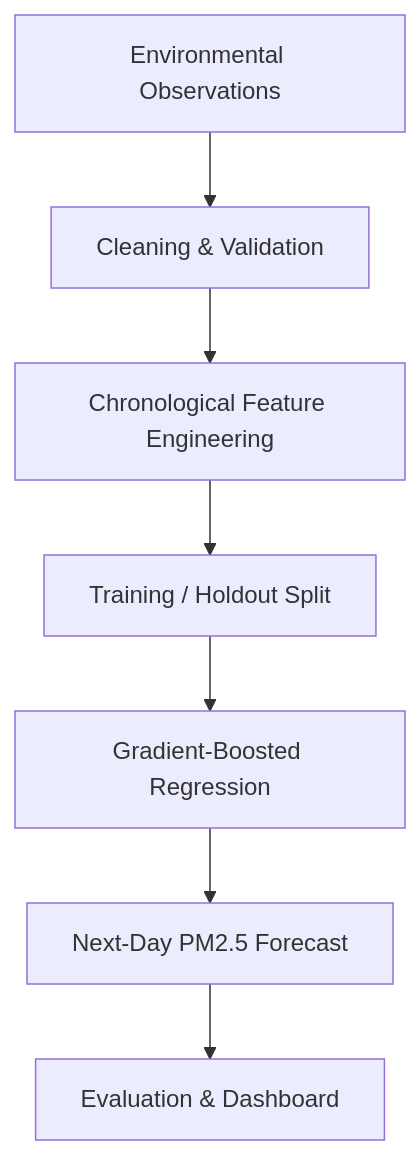
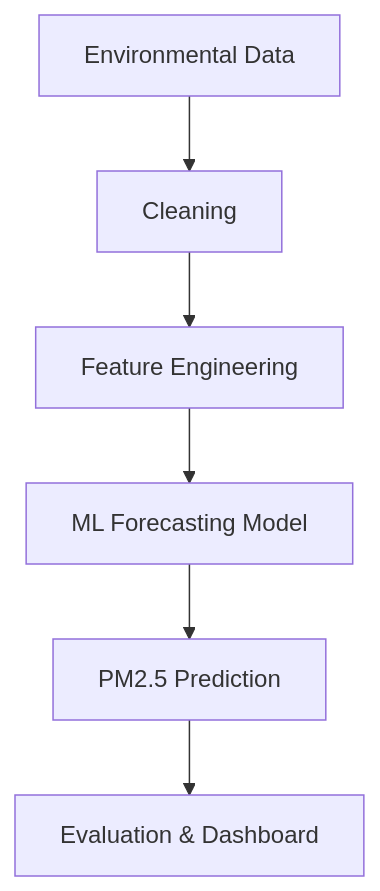
One commit to srivastavanandani190-lang/AeroTwin changed the second of 3 diagrams in README.md. Above: the diagram before and after it, drawn with Mermaid. The commit also changed other lines of this file, not shown here.

````diff
--- a/README.md
+++ b/README.md
@@ -172,9 +104,8 @@
 ```mermaid
 flowchart TD
-    A["Environmental Observations"] --> B["Cleaning & Validation"]
-    B --> C["Chronological Feature Engineering"]
-    C --> D["Training / Holdout Split"]
-    D --> E["Gradient-Boosted Regression"]
-    E --> F["Next-Day PM2.5 Forecast"]
-    F --> G["Evaluation & Dashboard"]
+    A["Environmental Data"] --> B["Cleaning"]
+    B --> C["Feature Engineering"]
+    C --> D["ML Forecasting Model"]
+    D --> E["PM2.5 Prediction"]
+    E --> F["Evaluation & Dashboard"]
 ```
````
